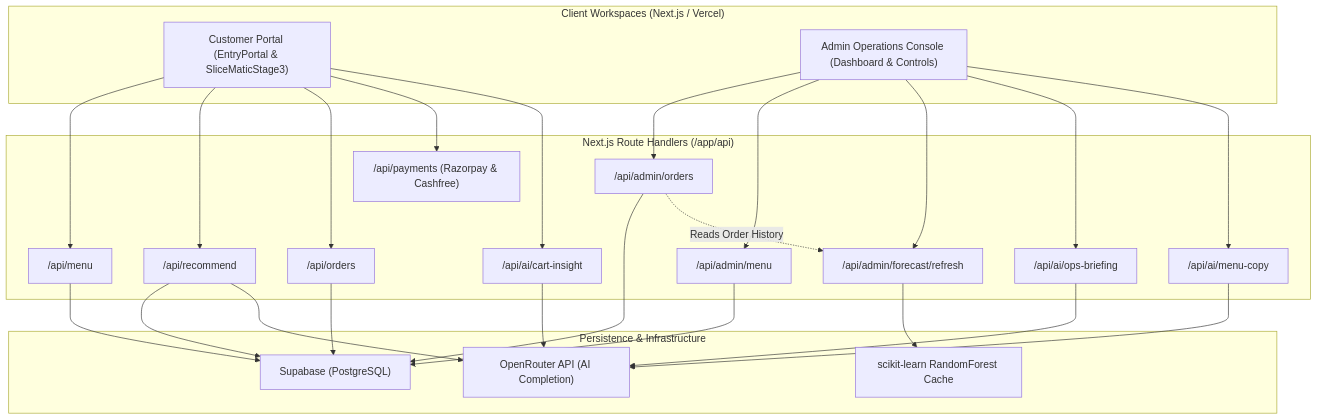
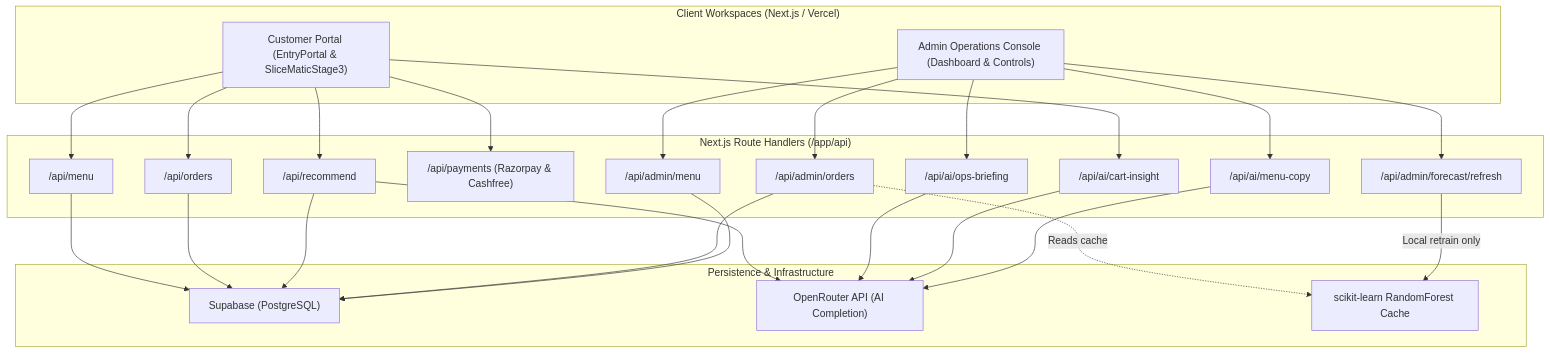
One commit to anshulghogre4/Slicematic changed the diagram in FullStack/README.md. Above: the diagram before and after it, drawn with Mermaid. The commit also changed other lines of this file and 13 other files, not shown here.

````diff
--- a/FullStack/README.md
+++ b/FullStack/README.md
@@ -7,61 +36,61 @@
 ```mermaid
 flowchart TD
   %% Workspaces
   subgraph ClientWorkspaces["Client Workspaces (Next.js / Vercel)"]
     CustomerUI["Customer Portal (EntryPortal & SliceMaticStage3)"]
     AdminUI["Admin Operations Console (Dashboard & Controls)"]
   end
 
   %% API Routing
   subgraph APIRoutes["Next.js Route Handlers (/app/api)"]
     MenuAPI["/api/menu"]
     OrdersAPI["/api/orders"]
     RecommendAPI["/api/recommend"]
     PaymentsAPI["/api/payments (Razorpay & Cashfree)"]
     
     AdminOrdersAPI["/api/admin/orders"]
     AdminMenuAPI["/api/admin/menu"]
     ForecastAPI["/api/admin/forecast/refresh"]
     
     AIOpsAPI["/api/ai/ops-briefing"]
     AICartAPI["/api/ai/cart-insight"]
     AIMenuAPI["/api/ai/menu-copy"]
   end
 
   %% Data & Services
   subgraph DataLayer["Persistence & Infrastructure"]
     Supabase["Supabase (PostgreSQL)"]
     OpenRouter["OpenRouter API (AI Completion)"]
     MLCache["scikit-learn RandomForest Cache"]
   end
 
   %% UI Connections
   CustomerUI --> MenuAPI
   CustomerUI --> RecommendAPI
   CustomerUI --> OrdersAPI
   CustomerUI --> PaymentsAPI
   CustomerUI --> AICartAPI
 
   AdminUI --> AdminOrdersAPI
   AdminUI --> AdminMenuAPI
   AdminUI --> ForecastAPI
   AdminUI --> AIOpsAPI
   AdminUI --> AIMenuAPI
 
   %% API to DB Connections
   MenuAPI --> Supabase
   OrdersAPI --> Supabase
   RecommendAPI --> Supabase
   AdminOrdersAPI --> Supabase
   AdminMenuAPI --> Supabase
   
   %% AI to OpenRouter
   RecommendAPI --> OpenRouter
   AIOpsAPI --> OpenRouter
   AICartAPI --> OpenRouter
   AIMenuAPI --> OpenRouter
   
-  %% ML Forecast
-  ForecastAPI --> MLCache
-  AdminOrdersAPI -.->|Reads Order History| ForecastAPI
+  %% ML Forecast (offline train, online read)
+  AdminOrdersAPI -.->|Reads cache| MLCache
+  ForecastAPI -->|Local retrain only| MLCache
 ```
````
